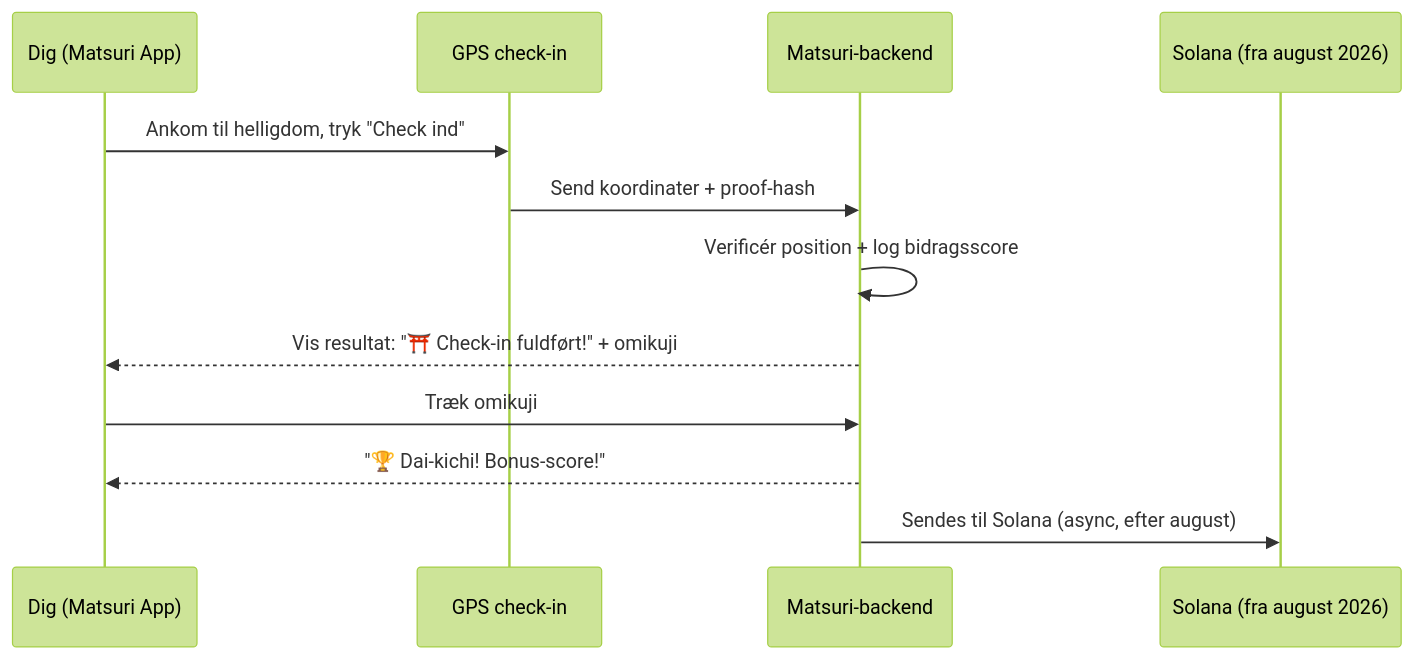
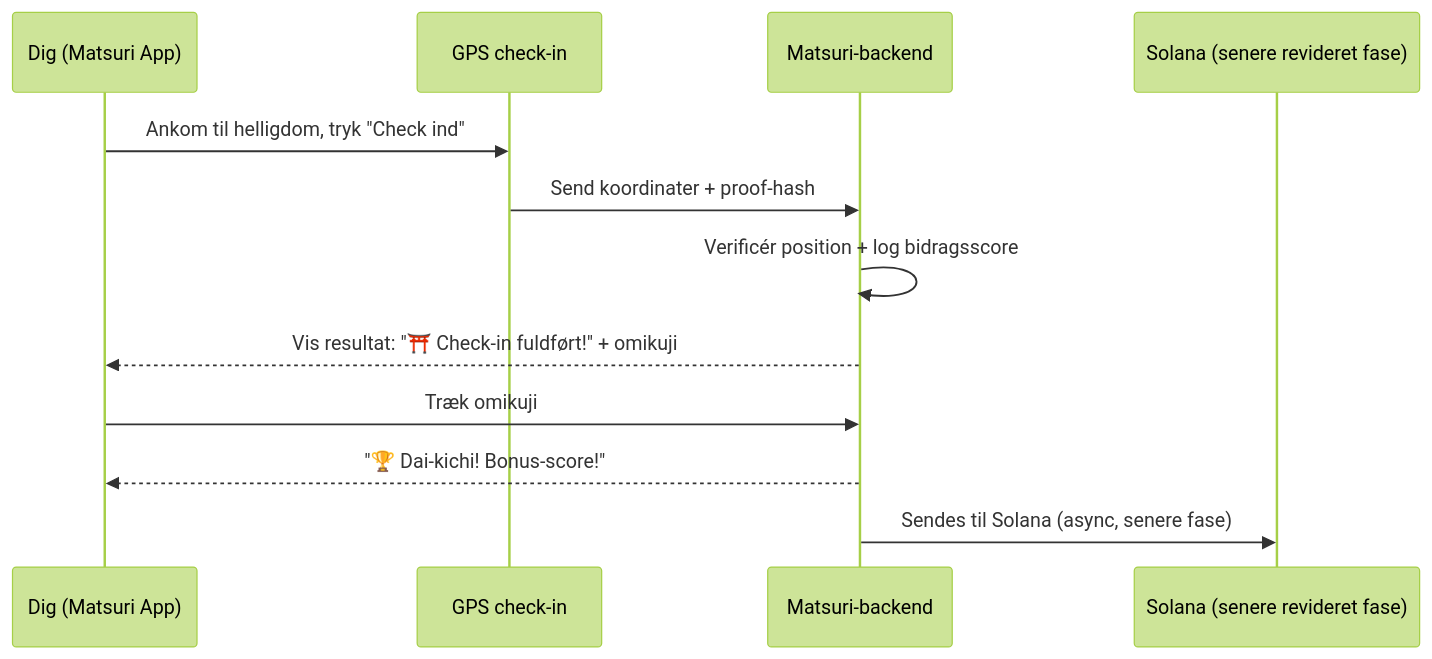
The third of 4 diagrams in i18n/da/docusaurus-plugin-content-docs/current/04-mining.md (Cootakahashi/matsuri-dao-whitepaper), drawn with Mermaid (forest theme) before and after one commit. The commit also changed other lines of this file and 79 other files, not shown here.

First line of the commit message:
docs: re-sequence on-chain roadmap to match the staged Hashlock audit (20 locales)

````diff
--- a/i18n/da/docusaurus-plugin-content-docs/current/04-mining.md
+++ b/i18n/da/docusaurus-plugin-content-docs/current/04-mining.md
@@ -109,15 +109,15 @@
 ```mermaid
 sequenceDiagram
     participant U as Dig (Matsuri App)
     participant GPS as GPS check-in
     participant API as Matsuri-backend
-    participant SC as Solana (fra august 2026)
+    participant SC as Solana (senere revideret fase)
 
     U->>GPS: Ankom til helligdom, tryk "Check ind"
     GPS->>API: Send koordinater + proof-hash
     API->>API: Verificér position + log bidragsscore
     API-->>U: Vis resultat: "⛩️ Check-in fuldført!" + omikuji
     U->>API: Træk omikuji
     API-->>U: "🏆 Dai-kichi! Bonus-score!"
-    API->>SC: Sendes til Solana (async, efter august)
+    API->>SC: Sendes til Solana (async, senere fase)
 ```
````
